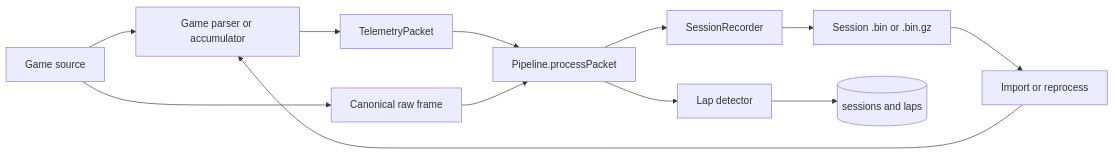
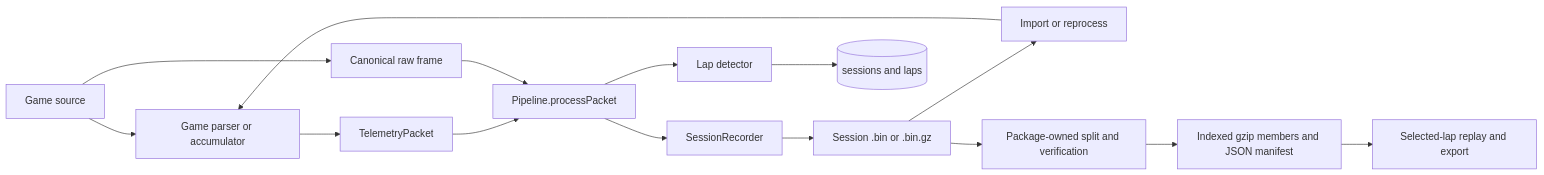
Before and after one commit to SpeedHQ/RaceIQ: the diagram in docs/architecture/telemetry-recording.md, drawn with Mermaid. The commit also changed other lines of this file and 139 other files, not shown here.

Commit message:
feat(capture): split live recordings per lap

````diff
--- a/docs/architecture/telemetry-recording.md
+++ b/docs/architecture/telemetry-recording.md
@@ -7,14 +7,17 @@
 ```mermaid
 graph LR
   Source[Game source] --> Adapter[Game parser or accumulator]
   Adapter --> Packet[TelemetryPacket]
   Source --> Raw[Canonical raw frame]
   Packet --> Pipeline[Pipeline.processPacket]
   Raw --> Pipeline
   Pipeline --> Recorder[SessionRecorder]
   Pipeline --> Detector[Lap detector]
   Recorder --> Bin[Session .bin or .bin.gz]
   Detector --> DB[(sessions and laps)]
   Bin --> Replay[Import or reprocess]
+  Bin --> Split[Package-owned split and verification]
+  Split --> Archive[Indexed gzip members and JSON manifest]
+  Archive --> LapReplay[Selected-lap replay and export]
   Replay --> Adapter
 ```
````
